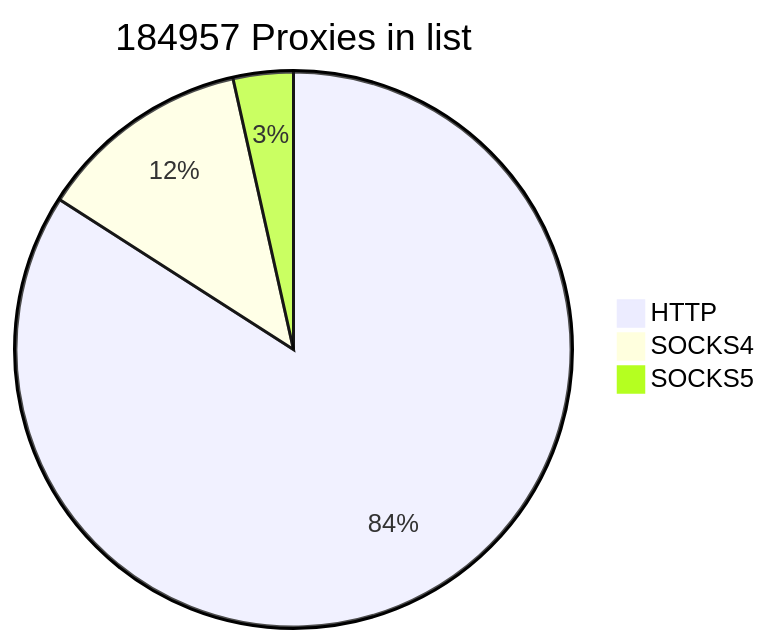
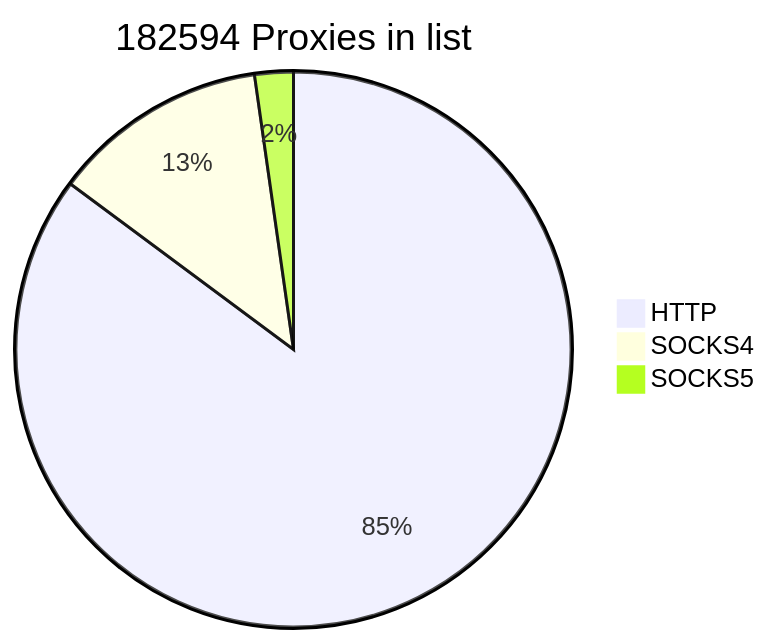
Before and after one commit to cutipu/proxylist: the first of 2 diagrams in README.md, drawn with Mermaid. The commit also changed other lines of this file, not shown here.

````diff
--- a/README.md
+++ b/README.md
@@ -2,7 +2,7 @@
 ```mermaid
-pie title 184957 Proxies in list
-    "HTTP" : 155505
-    "SOCKS4" : 22984
-    "SOCKS5" : 6468
+pie title 182594 Proxies in list
+    "HTTP" : 155506
+    "SOCKS4" : 22983
+    "SOCKS5" : 4105
             
 ```
````
